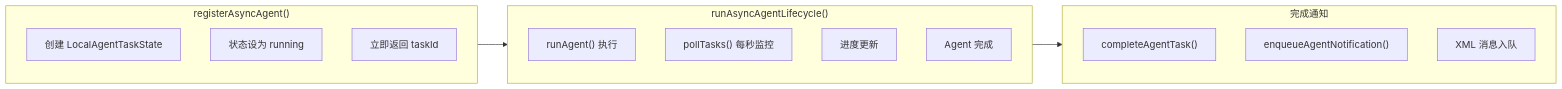
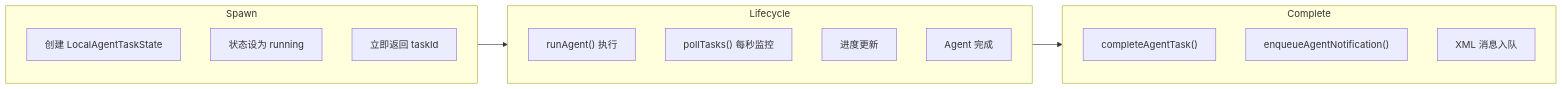
Before and after one commit to platootalp/harness-code: the eighth of 15 diagrams in harness/docs/deep/AGENT-SYSTEM.md, drawn with Mermaid. The commit also changed other lines of this file and 8 other files, not shown here.

First line of the commit message:
docs: review and fix docs/deep/ accuracy and mermaid rendering

````diff
--- a/harness/docs/deep/AGENT-SYSTEM.md
+++ b/harness/docs/deep/AGENT-SYSTEM.md
@@ -532,23 +533,23 @@
 ```mermaid
 flowchart LR
-    subgraph Spawn["registerAsyncAgent()"]
+    subgraph Spawn
         R1["创建 LocalAgentTaskState"]
         R2["状态设为 running"]
         R3["立即返回 taskId"]
     end
 
-    subgraph Lifecycle["runAsyncAgentLifecycle()"]
+    subgraph Lifecycle
         L1["runAgent() 执行"]
         L2["pollTasks() 每秒监控"]
         L3["进度更新"]
         L4["Agent 完成"]
     end
 
-    subgraph Complete["完成通知"]
+    subgraph Complete
         N1["completeAgentTask()"]
         N2["enqueueAgentNotification()"]
         N3["XML 消息入队"]
     end
 
     Spawn --> Lifecycle --> Complete
 ```
````
